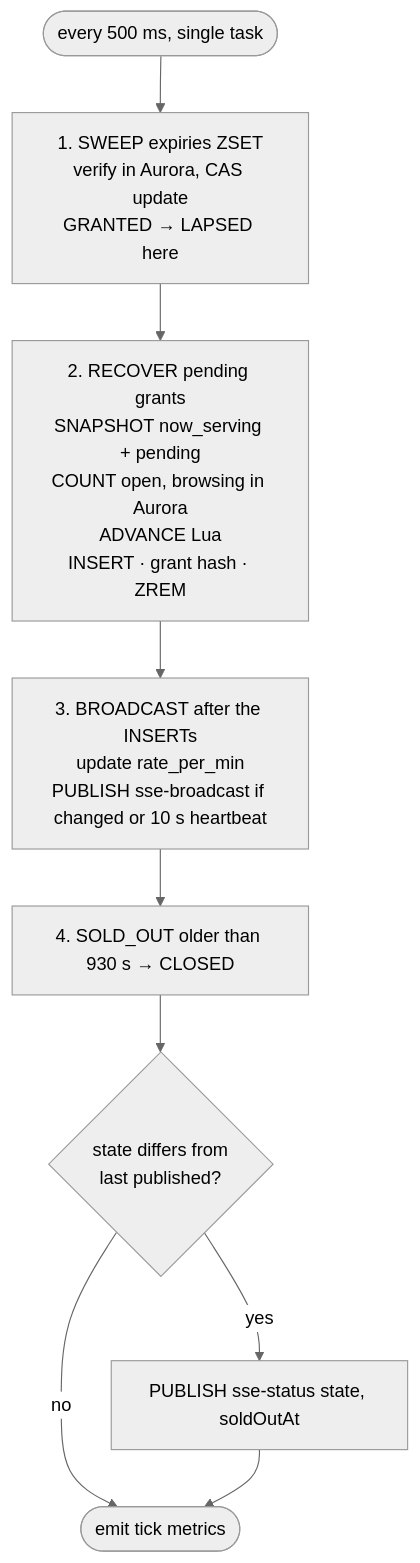
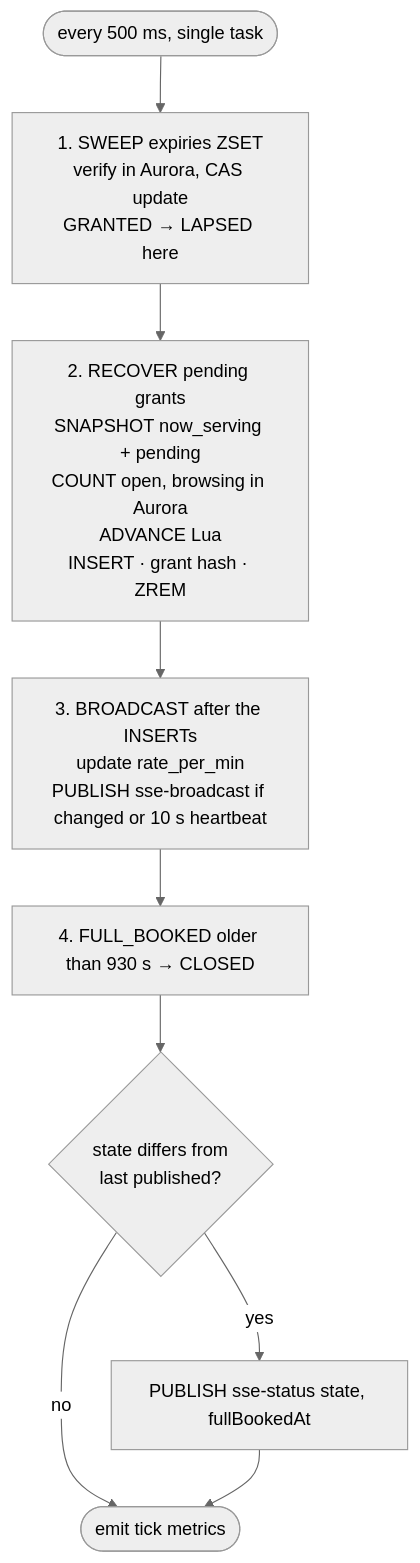
The first of 4 diagrams in docs/04-queue/05-admission-controller.md (PTServerJanganTumbang-BookingTicket/be-rusuh-war-ticketing), drawn with Mermaid (neutral theme) before and after one commit. The commit also changed other lines of this file and 23 other files, not shown here.

First line of the commit message:
refactor(queue): rename sale state SOLD_OUT to FULL_BOOKED

````diff
--- a/docs/04-queue/05-admission-controller.md
+++ b/docs/04-queue/05-admission-controller.md
@@ -25,11 +25,11 @@
 ```mermaid
 flowchart TD
     T([every 500 ms, single task]) --> S[1. SWEEP expiries ZSET<br/>verify in Aurora, CAS update<br/>GRANTED → LAPSED here]
     S --> ADV[2. RECOVER pending grants<br/>SNAPSHOT now_serving + pending<br/>COUNT open, browsing in Aurora<br/>ADVANCE Lua<br/>INSERT · grant hash · ZREM]
     ADV --> B[3. BROADCAST after the INSERTs<br/>update rate_per_min<br/>PUBLISH sse-broadcast if changed or 10 s heartbeat]
-    B --> SO[4. SOLD_OUT older than 930 s → CLOSED]
+    B --> SO[4. FULL_BOOKED older than 930 s → CLOSED]
     SO --> ST{state differs from<br/>last published?}
-    ST -->|yes| PS[PUBLISH sse-status state, soldOutAt]
+    ST -->|yes| PS[PUBLISH sse-status state, fullBookedAt]
     ST -->|no| M
     PS --> M([emit tick metrics])
 ```
````
